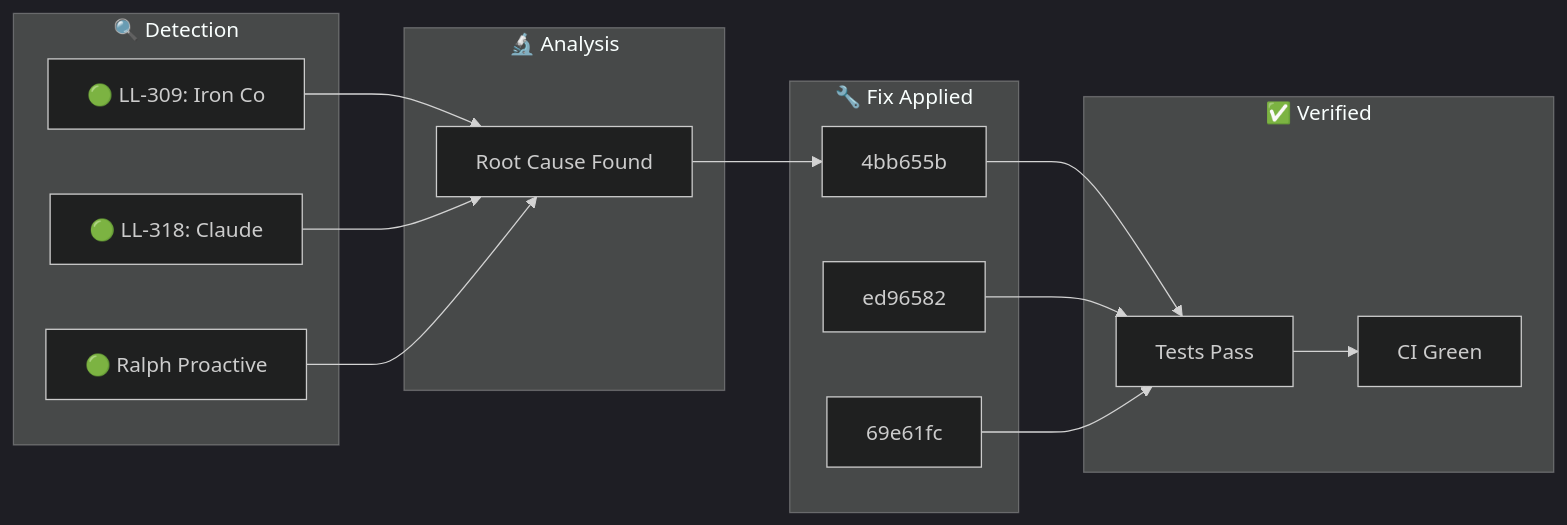
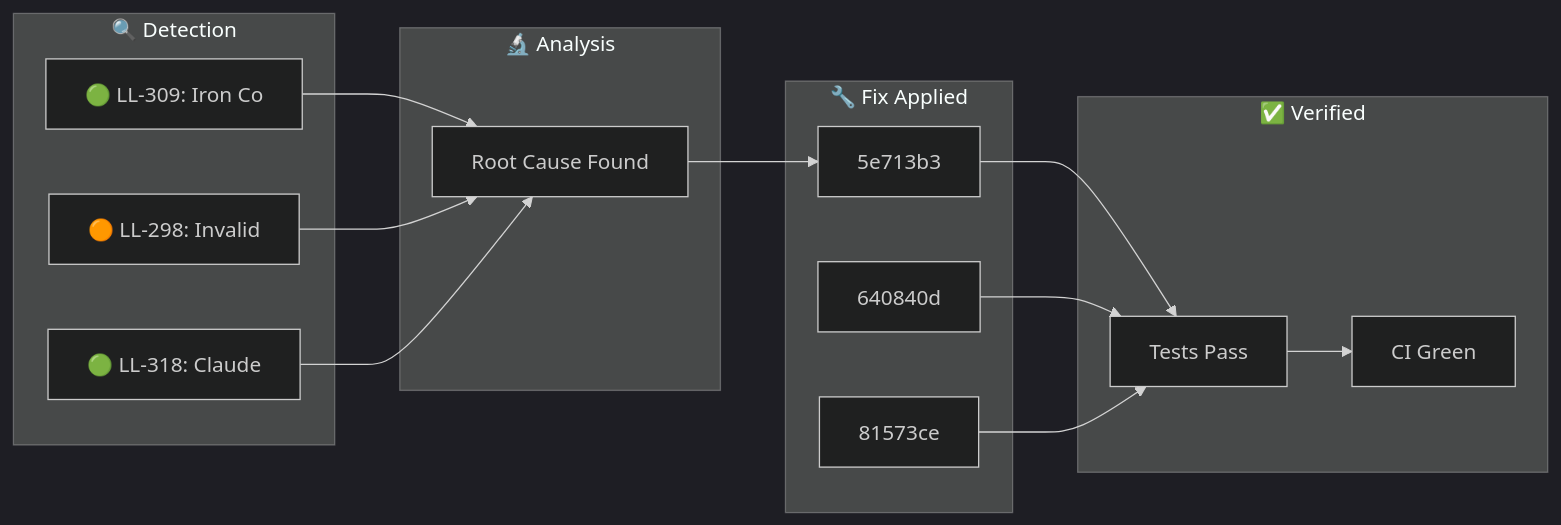
One commit to YoByron/trading changed the diagram in docs/_posts/2026-01-28-ralph-discovery.md. Above: the diagram before and after it, drawn with Mermaid (dark theme). The commit also changed other lines of this file, not shown here.

Commit message:
docs(ralph): Auto-publish discovery blog post

````diff
--- a/docs/_posts/2026-01-28-ralph-discovery.md
+++ b/docs/_posts/2026-01-28-ralph-discovery.md
@@ -17,28 +17,28 @@
 ```mermaid
 flowchart LR
     subgraph Detection["🔍 Detection"]
         D1["🟢 LL-309: Iron Co"]
-        D2["🟢 LL-318: Claude "]
-        D3["🟢 Ralph Proactive"]
+        D2["🟠 LL-298: Invalid"]
+        D3["🟢 LL-318: Claude "]
     end
     subgraph Analysis["🔬 Analysis"]
         A1["Root Cause Found"]
     end
     subgraph Fix["🔧 Fix Applied"]
-        F1["4bb655b"]
-        F2["ed96582"]
-        F3["69e61fc"]
+        F1["5e713b3"]
+        F2["640840d"]
+        F3["81573ce"]
     end
     subgraph Verify["✅ Verified"]
         V1["Tests Pass"]
         V2["CI Green"]
     end
     D1 --> A1
     D2 --> A1
     D3 --> A1
     A1 --> F1
     F1 --> V1
     F2 --> V1
     F3 --> V1
     V1 --> V2
 ```
````
